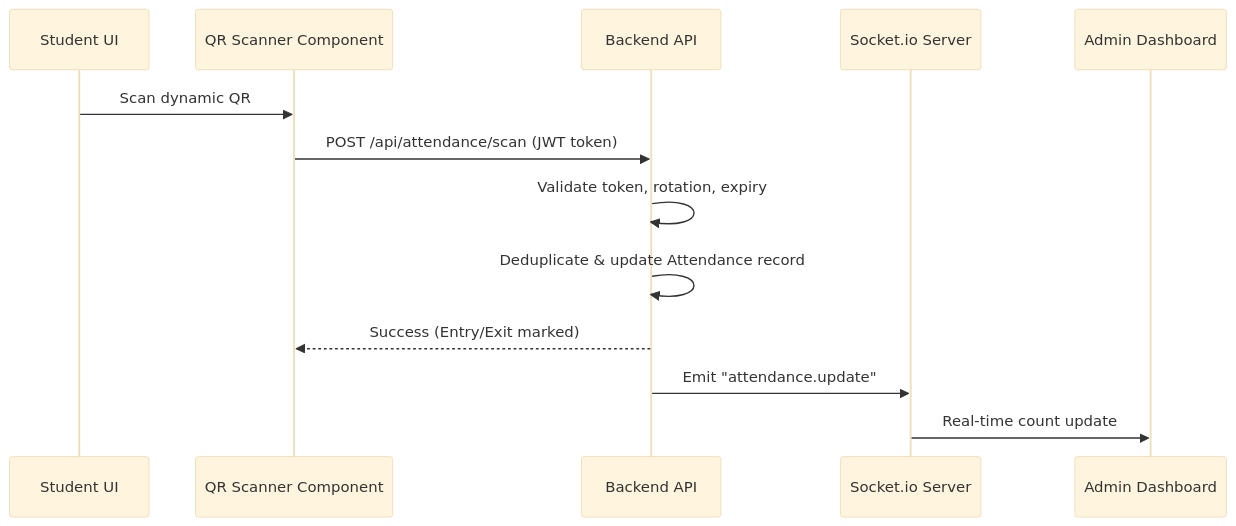
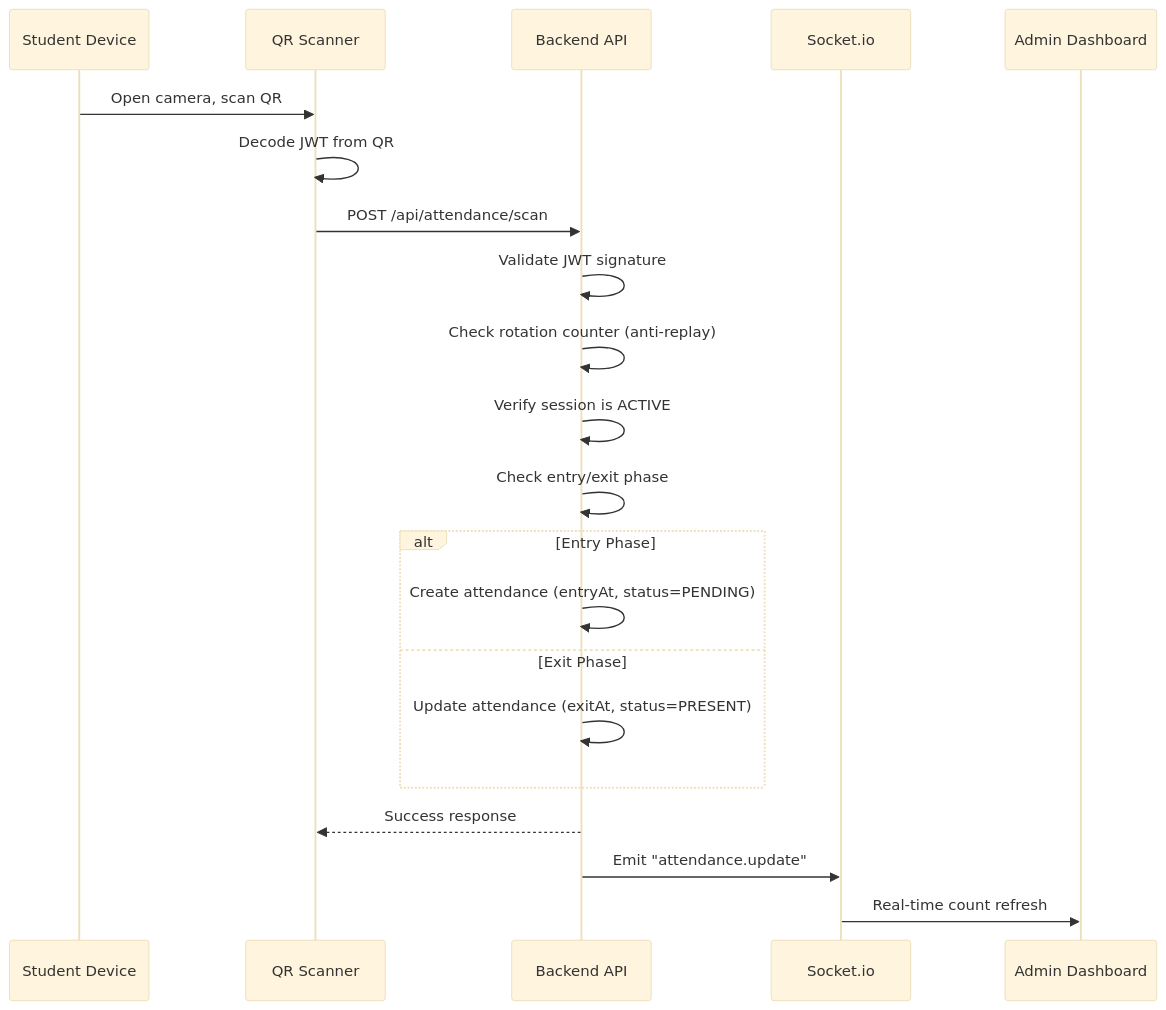
The fifth of 6 diagrams in PROJECT_DOCUMENTATION.md (bhagyeshmagar/smartqr-attendance), drawn with Mermaid (base theme) before and after one commit. The commit also changed other lines of this file, not shown here.

````diff
--- a/PROJECT_DOCUMENTATION.md
+++ b/PROJECT_DOCUMENTATION.md
@@ -125,15 +270,26 @@
 ```mermaid
 sequenceDiagram
-    participant Student as Student UI
-    participant Scanner as QR Scanner Component
+    participant Student as Student Device
+    participant Scanner as QR Scanner
     participant API as Backend API
-    participant WS as Socket.io Server
-    participant AdminUI as Admin Dashboard
-    Student->>Scanner: Scan dynamic QR
-    Scanner->>API: POST /api/attendance/scan (JWT token)
-    API->>API: Validate token, rotation, expiry
-    API->>API: Deduplicate & update Attendance record
-    API-->>Scanner: Success (Entry/Exit marked)
+    participant WS as Socket.io
+    participant AdminDash as Admin Dashboard
+    
+    Student->>Scanner: Open camera, scan QR
+    Scanner->>Scanner: Decode JWT from QR
+    Scanner->>API: POST /api/attendance/scan
+    API->>API: Validate JWT signature
+    API->>API: Check rotation counter (anti-replay)
+    API->>API: Verify session is ACTIVE
+    API->>API: Check entry/exit phase
+    
+    alt Entry Phase
+        API->>API: Create attendance (entryAt, status=PENDING)
+    else Exit Phase
+        API->>API: Update attendance (exitAt, status=PRESENT)
+    end
+    
+    API-->>Scanner: Success response
     API->>WS: Emit "attendance.update"
-    WS->>AdminUI: Real‑time count update
+    WS->>AdminDash: Real-time count refresh
 ```
````
